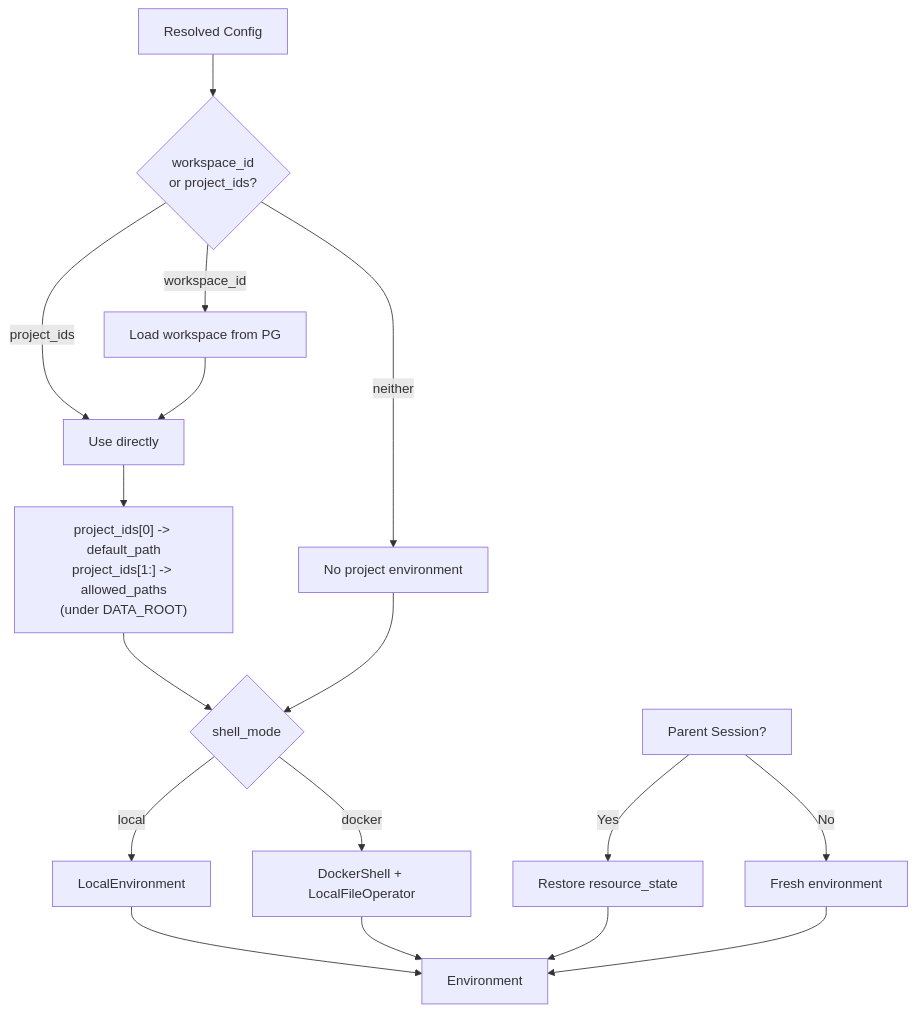
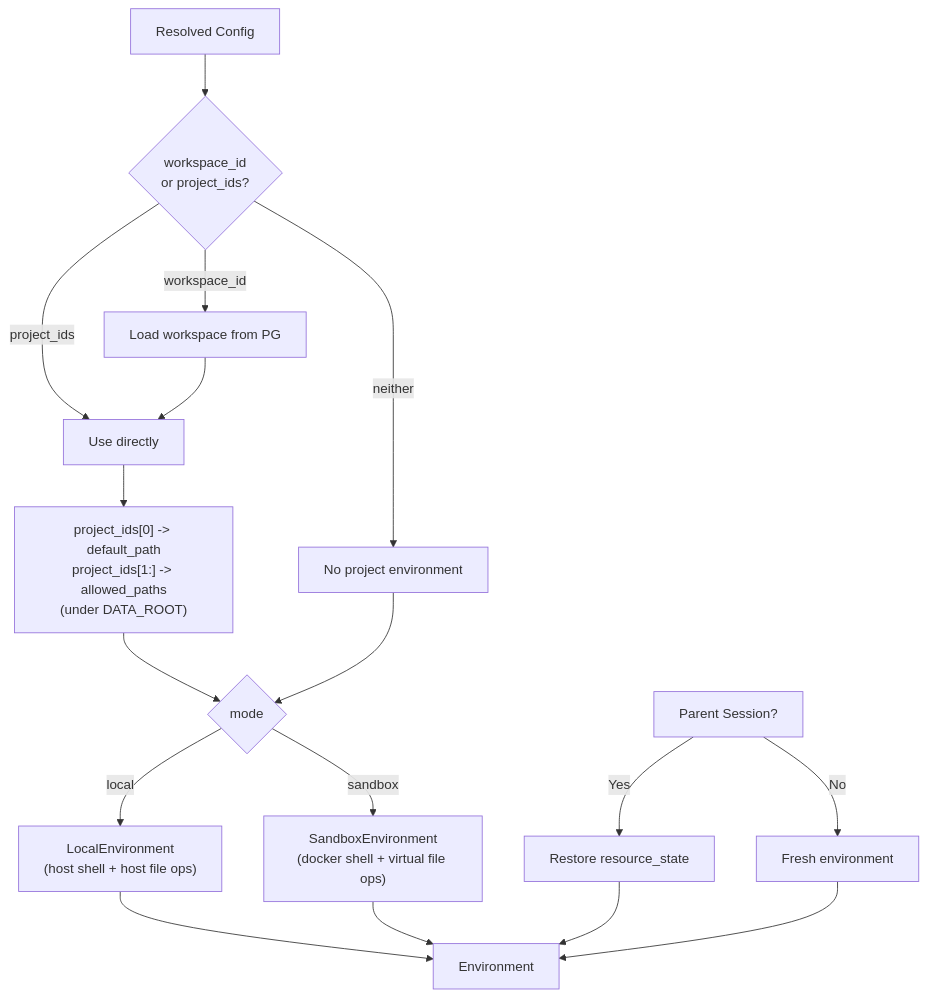
Before and after one commit to Wh1isper/netherbrain: the third of 4 diagrams in spec/agent_runtime/03-execution.md, drawn with Mermaid. The commit also changed other lines of this file and 23 other files, not shown here.

First line of the commit message:
feat: add auth middleware, enrich health endpoint, implement sandbox env

````diff
--- a/spec/agent_runtime/03-execution.md
+++ b/spec/agent_runtime/03-execution.md
@@ -80,24 +80,24 @@
 ```mermaid
 flowchart TB
     RC[Resolved Config] --> PROJ_RESOLVE{"workspace_id<br/>or project_ids?"}
     PROJ_RESOLVE -->|workspace_id| WS["Load workspace from PG"]
     PROJ_RESOLVE -->|project_ids| PROJ["Use directly"]
     PROJ_RESOLVE -->|neither| NONE["No project environment"]
     WS --> PROJ
 
     PROJ --> PATHS["project_ids[0] -> default_path<br/>project_ids[1:] -> allowed_paths<br/>(under DATA_ROOT)"]
-    PATHS --> CHECK{shell_mode}
+    PATHS --> CHECK{mode}
     NONE --> CHECK
 
-    CHECK -->|local| LOCAL["LocalEnvironment"]
-    CHECK -->|docker| DOCKER["DockerShell + LocalFileOperator"]
+    CHECK -->|local| LOCAL["LocalEnvironment<br/>(host shell + host file ops)"]
+    CHECK -->|sandbox| SANDBOX["SandboxEnvironment<br/>(docker shell + virtual file ops)"]
 
     LOCAL --> ENV[Environment]
-    DOCKER --> ENV
+    SANDBOX --> ENV
 
     PARENT["Parent Session?"] -->|Yes| RESTORE["Restore resource_state"]
     PARENT -->|No| FRESH["Fresh environment"]
 
     RESTORE --> ENV
     FRESH --> ENV
 ```
````
